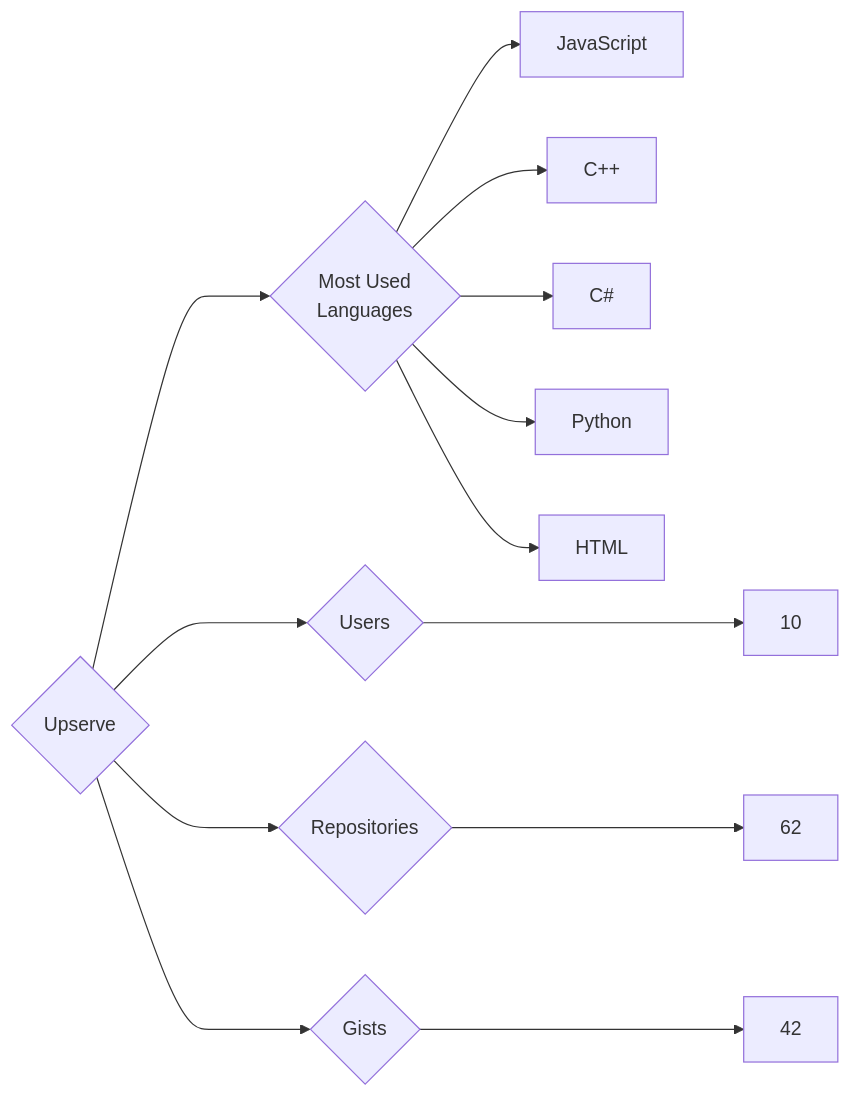
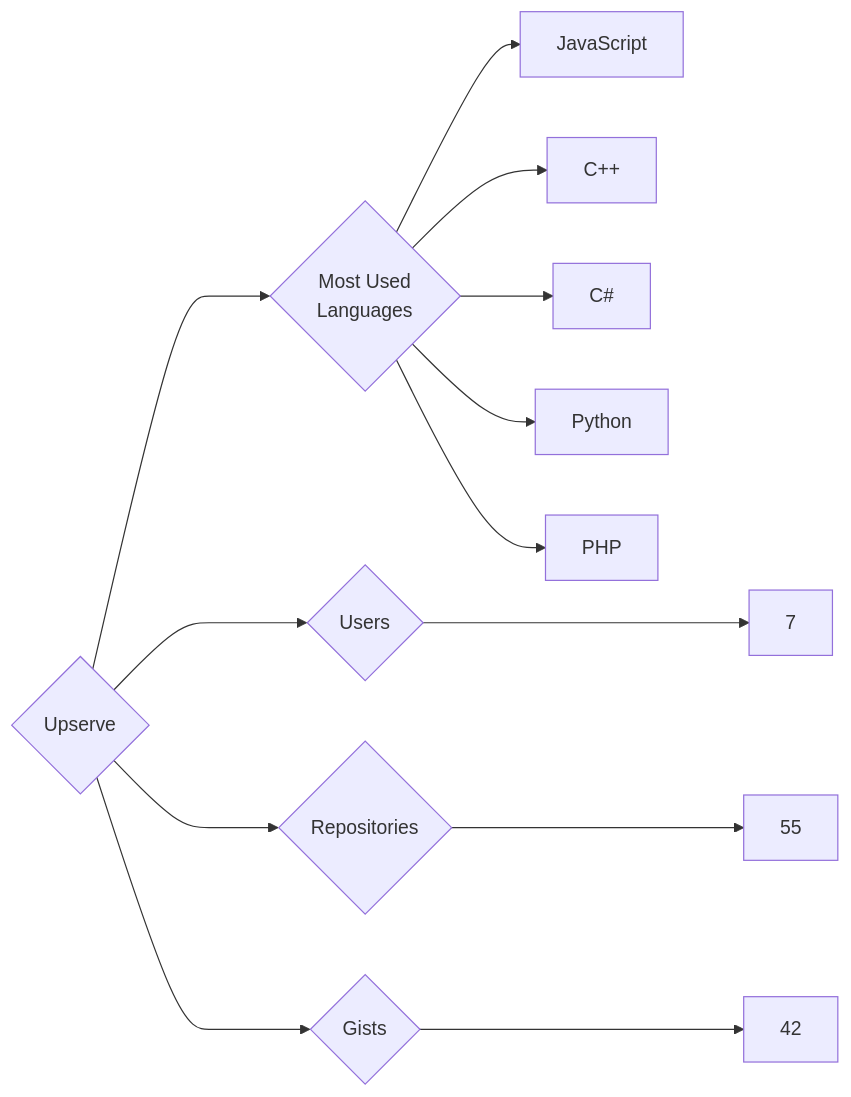
Before and after one commit to trickest/insiders: the diagram in targets/Upserve/README.md, drawn with Mermaid. The commit also changed 928 other files, not shown here.

````diff
--- a/targets/Upserve/README.md
+++ b/targets/Upserve/README.md
@@ -3,13 +3,13 @@
 ```mermaid
 graph LR
 COMPANY_NAME{Upserve}
-COMPANY_NAME ---> U{Users} ---> UN[10]
-COMPANY_NAME ---> R{Repositories} ---> RN[62]
+COMPANY_NAME ---> U{Users} ---> UN[7]
+COMPANY_NAME ---> R{Repositories} ---> RN[55]
 COMPANY_NAME ---> G{Gists} ---> GN[42]
 COMPANY_NAME ---> ML{Most Used<br>Languages}
 ML --> JavaScript[JavaScript]
 ML --> C++[C++]
 ML --> C#[C#]
 ML --> Python[Python]
-ML --> HTML[HTML]
+ML --> PHP[PHP]
 ```
````
